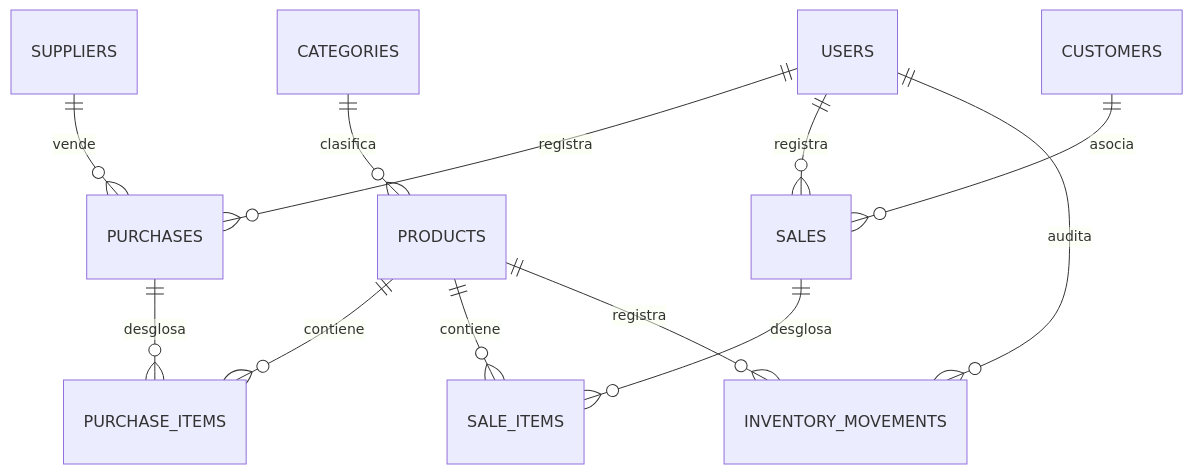
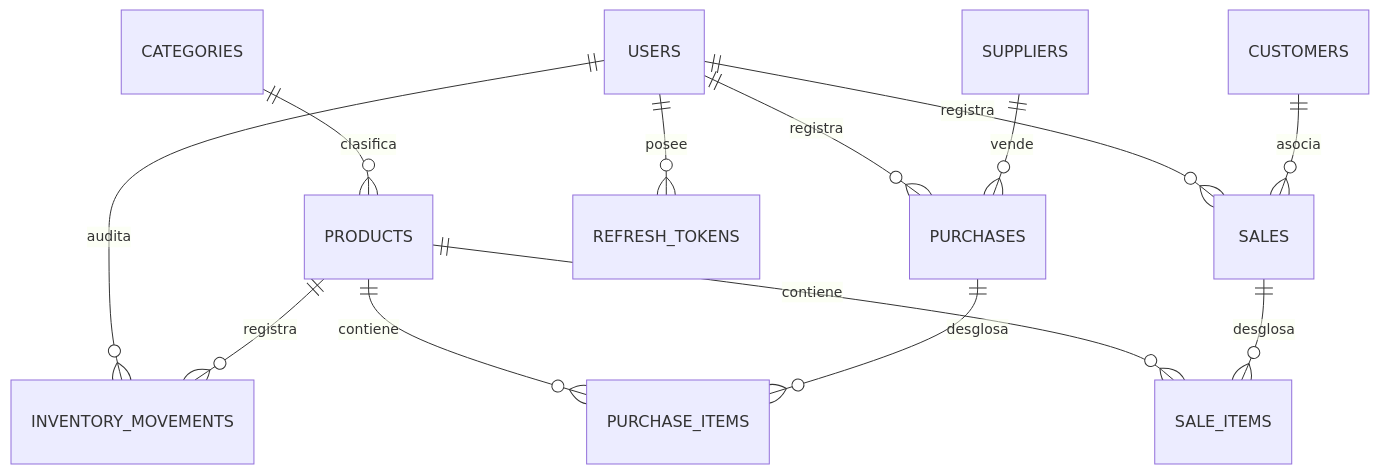
The diagram in backend/docs/_database-schema.md (safesotfwaresolutions/POS), drawn with Mermaid before and after one commit. The commit also changed other lines of this file and 10 other files, not shown here.

Commit message:
docs: update system architecture, database schema, and module specifications

````diff
--- a/backend/docs/_database-schema.md
+++ b/backend/docs/_database-schema.md
@@ -6,14 +6,15 @@
 ```mermaid
 erDiagram
     USERS ||--o{ PURCHASES : registra
     USERS ||--o{ SALES : registra
     USERS ||--o{ INVENTORY_MOVEMENTS : audita
+    USERS ||--o{ REFRESH_TOKENS : posee
     CATEGORIES ||--o{ PRODUCTS : clasifica
     PRODUCTS ||--o{ PURCHASE_ITEMS : contiene
     PRODUCTS ||--o{ SALE_ITEMS : contiene
     PRODUCTS ||--o{ INVENTORY_MOVEMENTS : registra
     CUSTOMERS ||--o{ SALES : asocia
     SUPPLIERS ||--o{ PURCHASES : vende
     PURCHASES ||--o{ PURCHASE_ITEMS : desglosa
     SALES ||--o{ SALE_ITEMS : desglosa
 ```
````
